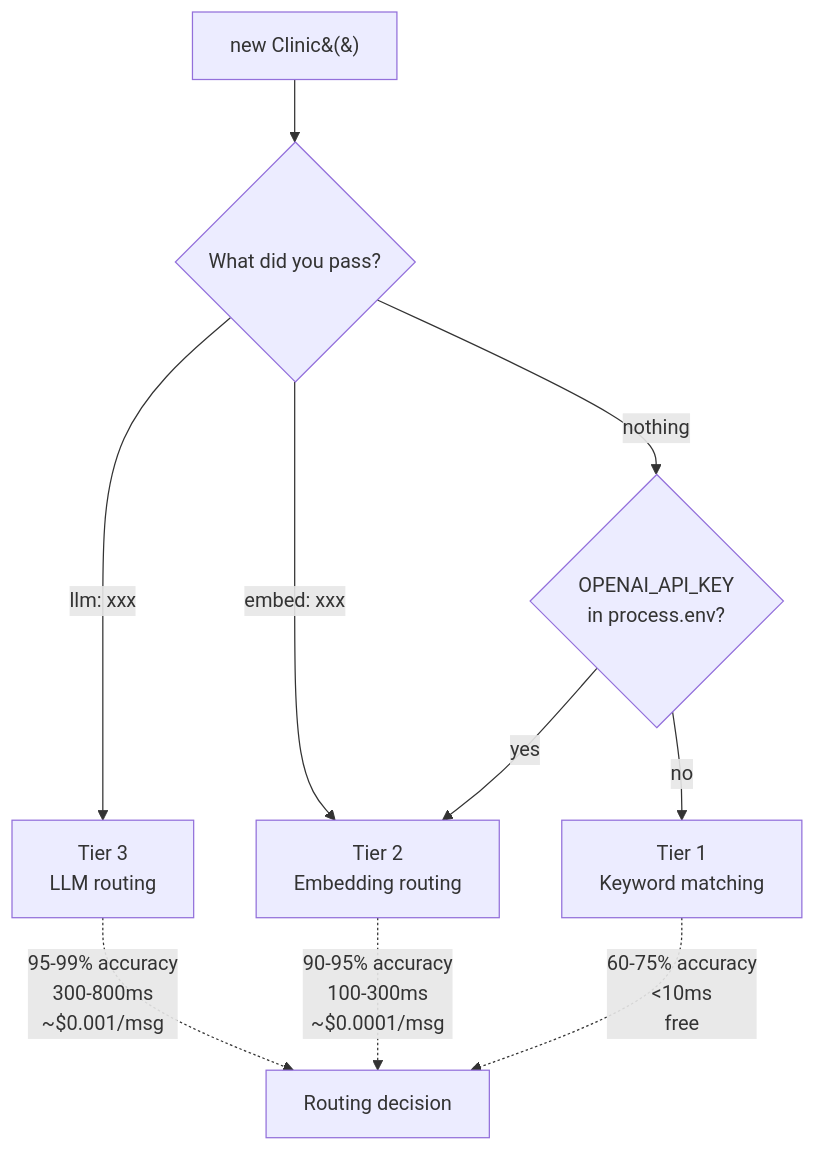
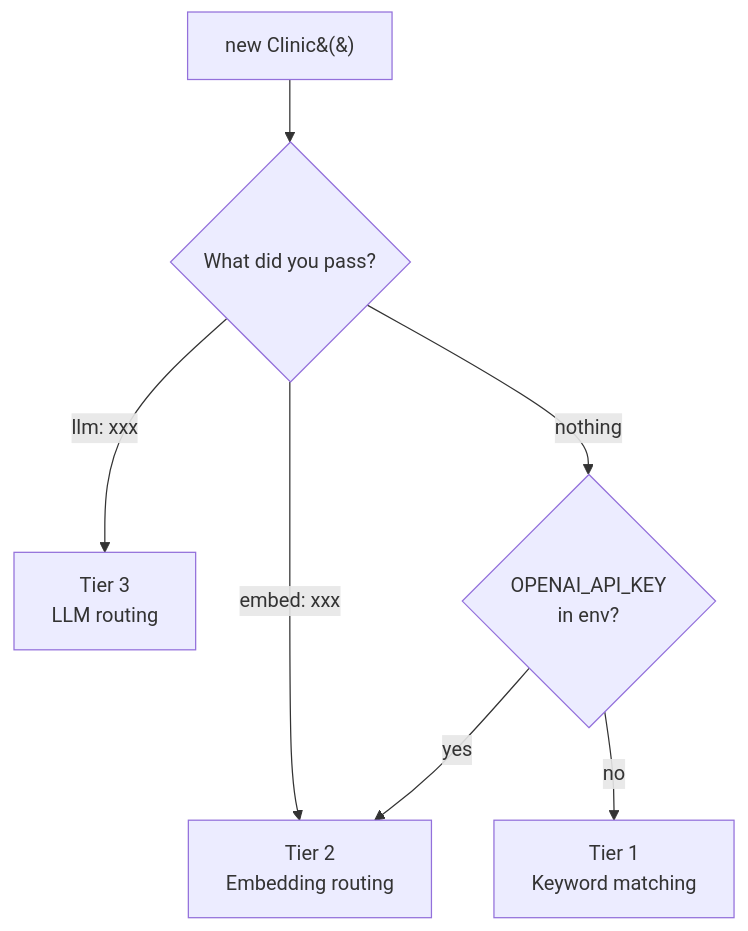
One commit to chaos-xxl/cha0s changed the second of 2 diagrams in README.md. Above: the diagram before and after it, drawn with Mermaid. The commit also changed other lines of this file and 4 other files, not shown here.

````diff
--- a/README.md
+++ b/README.md
@@ -382,13 +400,9 @@
 ```mermaid
 flowchart TD
     A[new Clinic&#40;&#41;] --> B{What did you pass?}
     B -->|llm: xxx| C[Tier 3<br/>LLM routing]
     B -->|embed: xxx| D[Tier 2<br/>Embedding routing]
-    B -->|nothing| E{OPENAI_API_KEY<br/>in process.env?}
+    B -->|nothing| E{OPENAI_API_KEY<br/>in env?}
     E -->|yes| D
     E -->|no| F[Tier 1<br/>Keyword matching]
-
-    C -.->|95-99% accuracy<br/>300-800ms<br/>~$0.001/msg| G[Routing decision]
-    D -.->|90-95% accuracy<br/>100-300ms<br/>~$0.0001/msg| G
-    F -.->|60-75% accuracy<br/>&lt;10ms<br/>free| G
 ```
````
